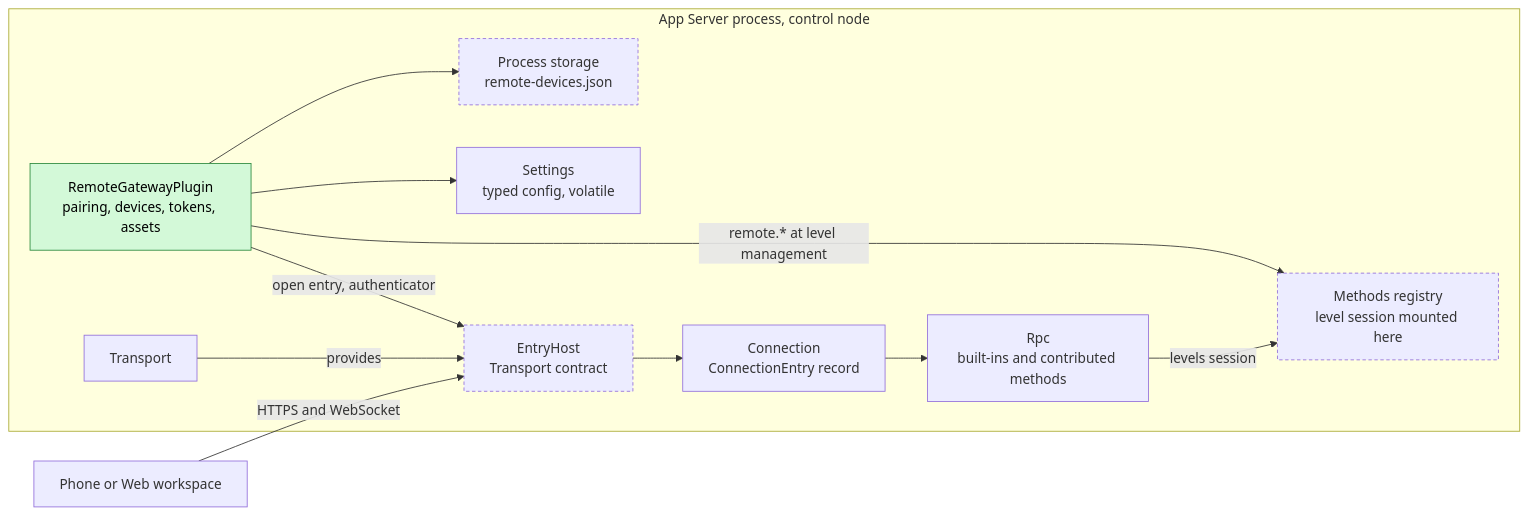
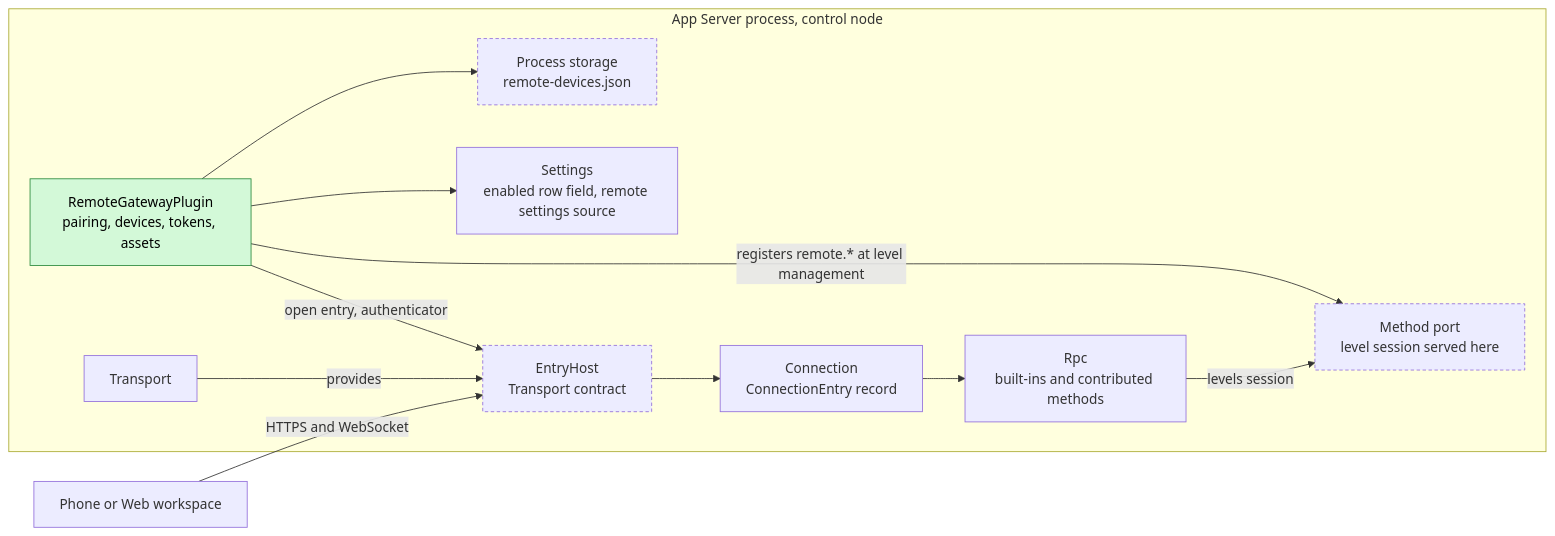
The first of 6 diagrams in docs/design/plugins/RemoteGateway.md (CoutinhoTTS/dim-agent), drawn with Mermaid before and after one commit. The commit also changed other lines of this file and 3 other files, not shown here.

Commit message:
docs(design): apply ADR 002 to Management, PluginManager, RemoteGateway and Modality

````diff
--- a/docs/design/plugins/RemoteGateway.md
+++ b/docs/design/plugins/RemoteGateway.md
@@ -9,25 +9,25 @@
 ```mermaid
 flowchart LR
   subgraph P["App Server process, control node"]
     RG["RemoteGatewayPlugin<br/>pairing, devices, tokens, assets"]:::new
     EH["EntryHost<br/>Transport contract"]:::contract
     TR["Transport"]
     CONN["Connection<br/>ConnectionEntry record"]
     RPC["Rpc<br/>built-ins and contributed methods"]
-    MR["Methods registry<br/>level session mounted here"]:::contract
-    SET["Settings<br/>typed config, volatile"]
+    MR["Method port<br/>level session served here"]:::contract
+    SET["Settings<br/>enabled row field, remote settings source"]
     PST["Process storage<br/>remote-devices.json"]:::contract
   end
   DEV["Phone or Web workspace"]
   DEV -->|"HTTPS and WebSocket"| EH
   RG -->|"open entry, authenticator"| EH
   TR -->|"provides"| EH
   EH --> CONN
   CONN --> RPC
   RPC -->|"levels session"| MR
-  RG -->|"remote.* at level management"| MR
+  RG -->|"registers remote.* at level management"| MR
   RG --> SET
   RG --> PST
   classDef new fill:#d3f9d8,stroke:#2b8a3e,color:#000
   classDef contract stroke-dasharray:4 3
 ```
````
